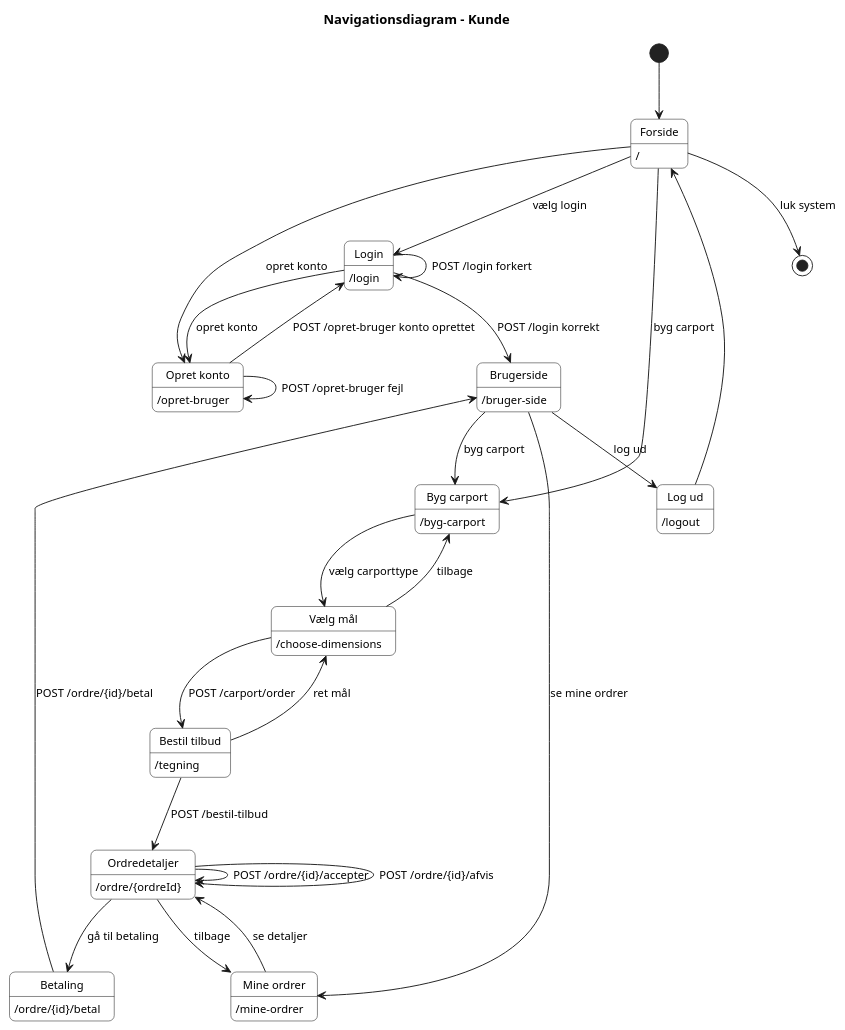
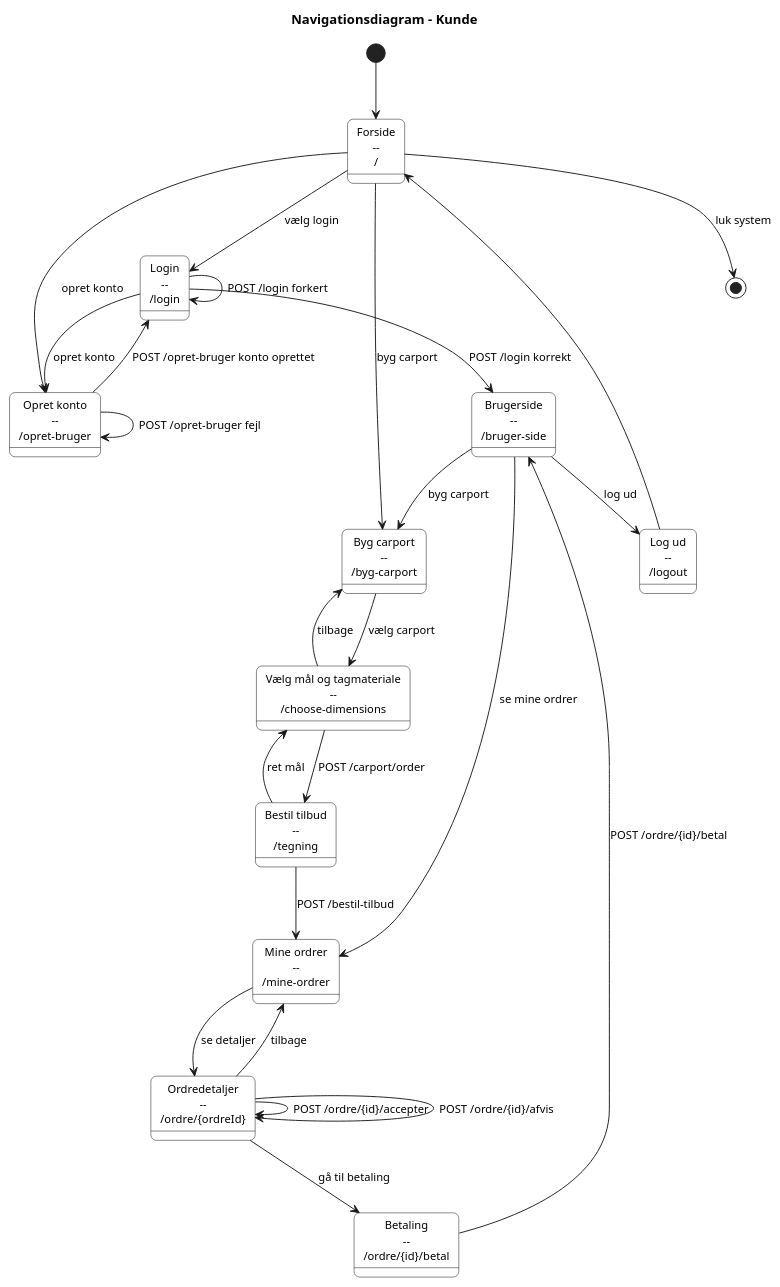
Before and after one commit to EmilOzel/Carport-FOG: the diagram in src/main/resources/uml/NavigationsDiagram-kunde-Carport.puml, drawn with PlantUML. The commit also changed 1 other file, not shown here.

Commit message:
ændret nav diagram til ny kodeversion

```diff
--- a/src/main/resources/uml/NavigationsDiagram-kunde-Carport.puml
+++ b/src/main/resources/uml/NavigationsDiagram-kunde-Carport.puml
@@ -1,85 +1,65 @@
 @startuml
 title Navigationsdiagram - Kunde
 
 skinparam backgroundColor white
 skinparam shadowing false
 skinparam defaultFontName Arial
 skinparam defaultFontSize 12
 skinparam roundcorner 12
 
 skinparam state {
     BackgroundColor white
     BorderColor black
     FontColor black
     StartColor black
     EndColor white
 }
 
 [*] --> Forside
 
-state "Forside" as Forside
-Forside : /
-
-state "Login" as Login
-Login : /login
-
-state "Opret konto" as OpretKonto
-OpretKonto : /opret-bruger
-
-state "Brugerside" as Brugerside
-Brugerside : /bruger-side
-
-state "Log ud" as LogUd
-LogUd : /logout
-
-state "Byg carport" as BygCarport
-BygCarport : /byg-carport
-
-state "Vælg mål" as VaelgMaal
-VaelgMaal : /choose-dimensions
-
-state "Bestil tilbud" as BestilTilbud
-BestilTilbud : /tegning
-
-state "Mine ordrer" as MineOrdrer
-MineOrdrer : /mine-ordrer
-
-state "Ordredetaljer" as OrdreDetaljer
-OrdreDetaljer : /ordre/{ordreId}
-
-state "Betaling" as Betaling
-Betaling : /ordre/{id}/betal
+state "Forside\n--\n/" as Forside
+state "Login\n--\n/login" as Login
+state "Opret konto\n--\n/opret-bruger" as OpretKonto
+state "Brugerside\n--\n/bruger-side" as Brugerside
+state "Log ud\n--\n/logout" as LogUd
+state "Byg carport\n--\n/byg-carport" as BygCarport
+state "Vælg mål og tagmateriale\n--\n/choose-dimensions" as VaelgMaal
+state "Bestil tilbud\n--\n/tegning" as BestilTilbud
+state "Mine ordrer\n--\n/mine-ordrer" as MineOrdrer
+state "Ordredetaljer\n--\n/ordre/{ordreId}" as OrdreDetaljer
+state "Betaling\n--\n/ordre/{id}/betal" as Betaling
 
 Forside --> Login : vælg login
 Forside --> OpretKonto : opret konto
 Forside --> BygCarport : byg carport
 Forside --> [*] : luk system
 
 Login --> Brugerside : POST /login korrekt
 Login --> Login : POST /login forkert
 Login --> OpretKonto : opret konto
 
 OpretKonto --> Login : POST /opret-bruger konto oprettet
 OpretKonto --> OpretKonto : POST /opret-bruger fejl
 
 Brugerside --> LogUd : log ud
 LogUd --> Forside
 
 Brugerside --> BygCarport : byg carport
-BygCarport --> VaelgMaal : vælg carporttype
+BygCarport --> VaelgMaal : vælg carport
+
 VaelgMaal --> BygCarport : tilbage
+VaelgMaal --> BestilTilbud : POST /carport/order
 
-VaelgMaal --> BestilTilbud : POST /carport/order
 BestilTilbud --> VaelgMaal : ret mål
-BestilTilbud --> OrdreDetaljer : POST /bestil-tilbud
+BestilTilbud --> MineOrdrer : POST /bestil-tilbud
 
 Brugerside --> MineOrdrer : se mine ordrer
 MineOrdrer --> OrdreDetaljer : se detaljer
 OrdreDetaljer --> MineOrdrer : tilbage
 
 OrdreDetaljer --> OrdreDetaljer : POST /ordre/{id}/accepter
 OrdreDetaljer --> OrdreDetaljer : POST /ordre/{id}/afvis
 OrdreDetaljer --> Betaling : gå til betaling
 Betaling --> Brugerside : POST /ordre/{id}/betal
 
 @enduml
```
